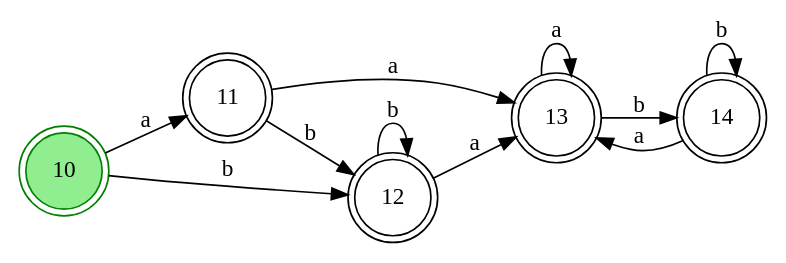
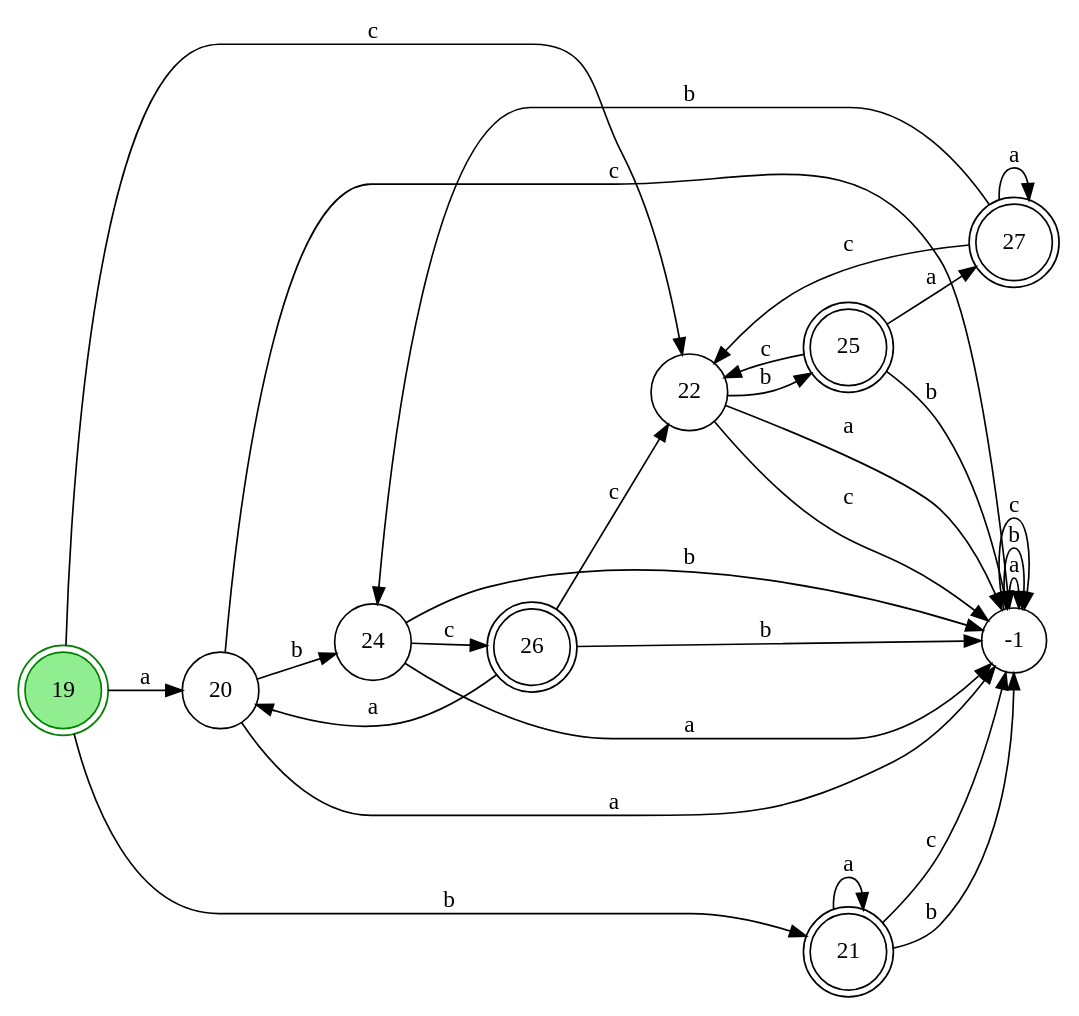
Before and after one commit to EndRiKeR/comp-lab: the diagram in dots/minDfa.dot, drawn with Graphviz. The commit also changed 41 other files, not shown here.

```diff
--- a/dots/minDfa.dot
+++ b/dots/minDfa.dot
@@ -1,19 +1,40 @@
 digraph DFA {
   rankdir=LR;
   node [shape=circle];
-  "11" [label="11"] [shape=doublecircle];
-  "12" [label="12"] [shape=doublecircle];
-  "13" [label="13"] [shape=doublecircle];
-  "14" [label="14"] [shape=doublecircle];
-  "10" [label="10"] [shape=doublecircle,color=green,style=filled,fillcolor=lightgreen];
-  "10" -> "11" [label="a"];
-  "10" -> "12" [label="b"];
-  "11" -> "13" [label="a"];
-  "11" -> "12" [label="b"];
-  "12" -> "13" [label="a"];
-  "12" -> "12" [label="b"];
-  "13" -> "13" [label="a"];
-  "13" -> "14" [label="b"];
-  "14" -> "13" [label="a"];
-  "14" -> "14" [label="b"];
+  "20" [label="20"] [shape=circle];
+  "21" [label="21"] [shape=doublecircle];
+  "22" [label="22"] [shape=circle];
+  "-1" [label="-1"] [shape=circle];
+  "24" [label="24"] [shape=circle];
+  "25" [label="25"] [shape=doublecircle];
+  "26" [label="26"] [shape=doublecircle];
+  "27" [label="27"] [shape=doublecircle];
+  "19" [label="19"] [shape=doublecircle,color=green,style=filled,fillcolor=lightgreen];
+  "19" -> "20" [label="a"];
+  "19" -> "21" [label="b"];
+  "19" -> "22" [label="c"];
+  "20" -> "-1" [label="a"];
+  "20" -> "24" [label="b"];
+  "20" -> "-1" [label="c"];
+  "21" -> "21" [label="a"];
+  "21" -> "-1" [label="b"];
+  "21" -> "-1" [label="c"];
+  "22" -> "-1" [label="a"];
+  "22" -> "25" [label="b"];
+  "22" -> "-1" [label="c"];
+  "-1" -> "-1" [label="a"];
+  "-1" -> "-1" [label="b"];
+  "-1" -> "-1" [label="c"];
+  "24" -> "-1" [label="a"];
+  "24" -> "-1" [label="b"];
+  "24" -> "26" [label="c"];
+  "25" -> "27" [label="a"];
+  "25" -> "-1" [label="b"];
+  "25" -> "22" [label="c"];
+  "26" -> "20" [label="a"];
+  "26" -> "-1" [label="b"];
+  "26" -> "22" [label="c"];
+  "27" -> "27" [label="a"];
+  "27" -> "24" [label="b"];
+  "27" -> "22" [label="c"];
 }
```
